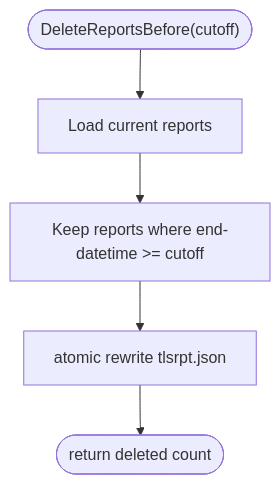
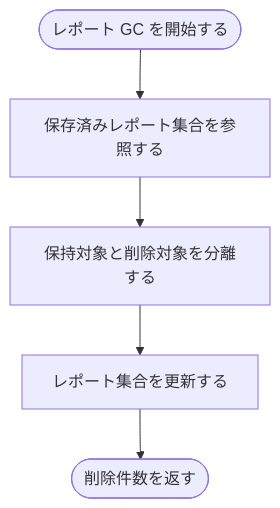
Before and after one commit to isseis/tlsrpt-digest: diagram 13 of 15 in docs/tasks/0040_store/02_architecture.md, drawn with Mermaid. The commit also changed other lines of this file, not shown here.

First line of the commit message:
docs(task 0040): refine store architecture design

````diff
--- a/docs/tasks/0040_store/02_architecture.md
+++ b/docs/tasks/0040_store/02_architecture.md
@@ -414,7 +445,7 @@
 ```mermaid
 flowchart TD
-    Start(["DeleteReportsBefore(cutoff)"]) --> Read["Load current reports"]
-    Read --> Filter["Keep reports where end-datetime >= cutoff"]
-    Filter --> Write["atomic rewrite tlsrpt.json"]
-    Write --> Done(["return deleted count"])
+    Start(["レポート GC を開始する"]) --> Read["保存済みレポート集合を参照する"]
+    Read --> Filter["保持対象と削除対象を分離する"]
+    Filter --> Write["レポート集合を更新する"]
+    Write --> Done(["削除件数を返す"])
 ```
````
